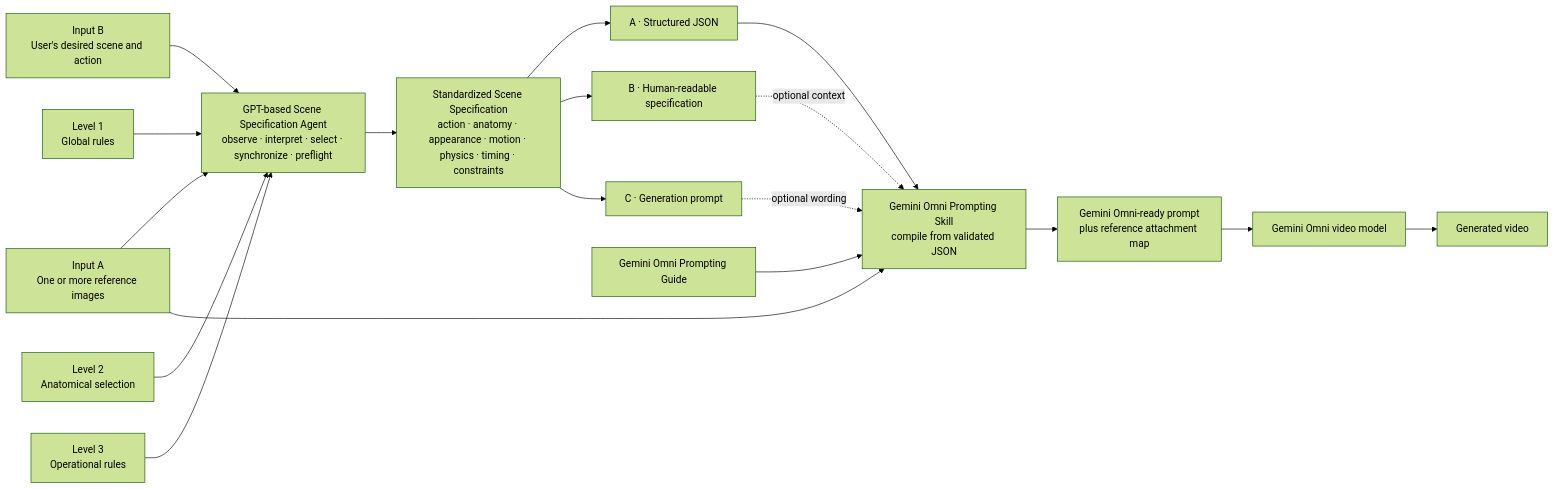
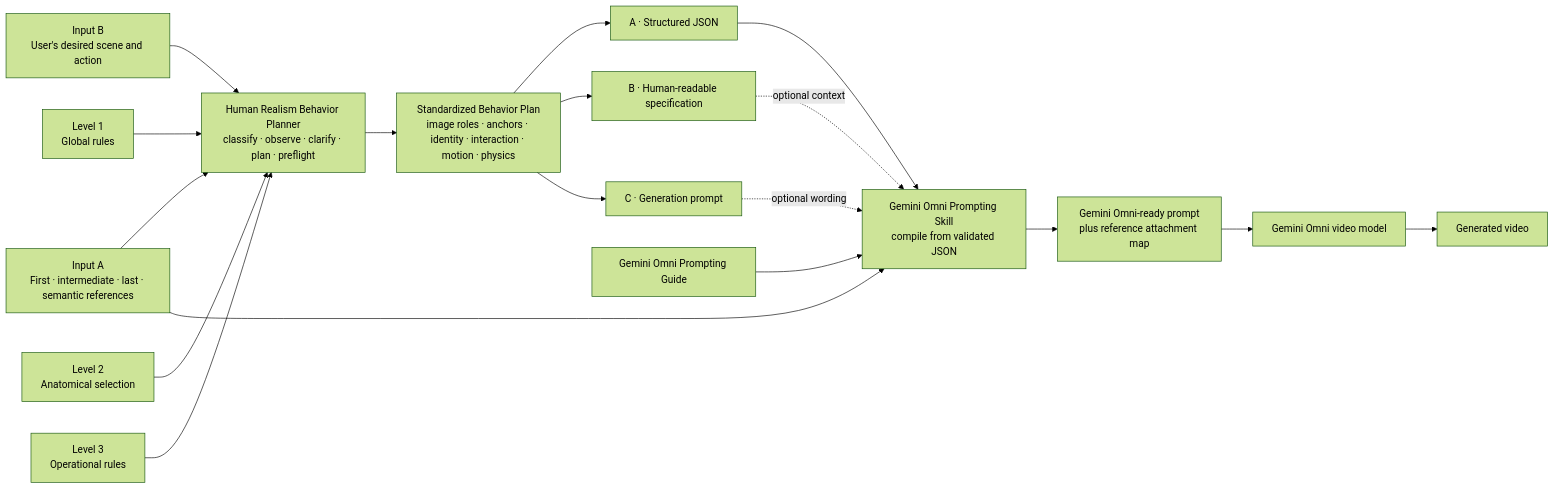
Before and after one commit to expectopatronm/human-realism-video-workflows: the second of 4 diagrams in README.md, drawn with Mermaid (forest theme). The commit also changed other lines of this file and 31 other files, not shown here.

Commit message:
Build human realism behavior planner

````diff
--- a/README.md
+++ b/README.md
@@ -246,20 +250,20 @@
 ```mermaid
 flowchart LR
-    R["Input A<br/>One or more reference images"] --> AG["GPT-based Scene Specification Agent<br/>observe · interpret · select · synchronize · preflight"]
+    R["Input A<br/>First · intermediate · last · semantic references"] --> AG["Human Realism Behavior Planner<br/>classify · observe · clarify · plan · preflight"]
     U["Input B<br/>User's desired scene and action"] --> AG
     L1["Level 1<br/>Global rules"] --> AG
     L2["Level 2<br/>Anatomical selection"] --> AG
     L3["Level 3<br/>Operational rules"] --> AG
-    AG --> S["Standardized Scene Specification<br/>action · anatomy · appearance · motion · physics · timing · constraints"]
+    AG --> S["Standardized Behavior Plan<br/>image roles · anchors · identity · interaction · motion · physics"]
     S --> J["A · Structured JSON"]
     S --> H["B · Human-readable specification"]
     S --> P["C · Generation prompt"]
     J --> OM["Gemini Omni Prompting Skill<br/>compile from validated JSON"]
     H -. optional context .-> OM
     P -. optional wording .-> OM
     R --> OM
     G["Gemini Omni Prompting Guide"] --> OM
     OM --> OP["Gemini Omni-ready prompt<br/>plus reference attachment map"]
     OP --> VM["Gemini Omni video model"]
     VM --> V["Generated video"]
 ```
````
